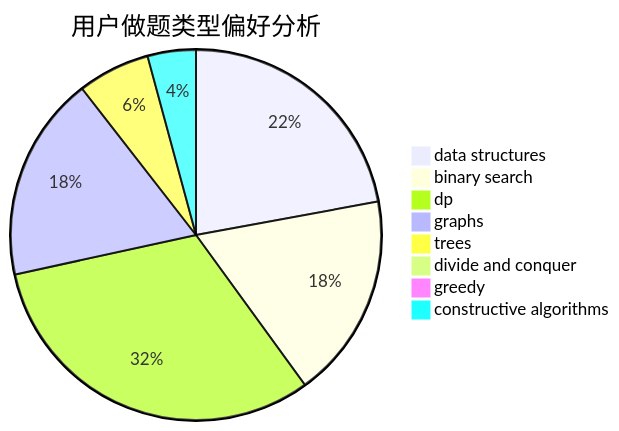
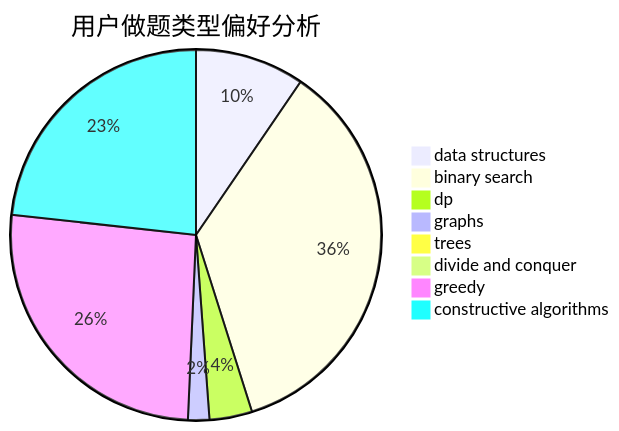
One commit to sherpahu/cfrs.github.io changed the second of 3 diagrams in docs/user/u739.md. Above: the diagram before and after it, drawn with Mermaid. The commit also changed other lines of this file and 2770 other files, not shown here.

````diff
--- a/docs/user/u739.md
+++ b/docs/user/u739.md
@@ -23,11 +23,11 @@
 ```mermaid
 pie title 用户做题类型偏好分析
-    "data structures" :  21
-    "binary search" :  17
-    "dp" :  30
-    "graphs" :  17
-    "trees" :  6
+    "data structures" :  41
+    "binary search" :  153
+    "dp" :  16
+    "graphs" :  8
+    "trees" :  0
     "divide and conquer" :  0
-    "greedy" :  0
-    "constructive algorithms" :  4
+    "greedy" :  112
+    "constructive algorithms" :  100
 ```
````
